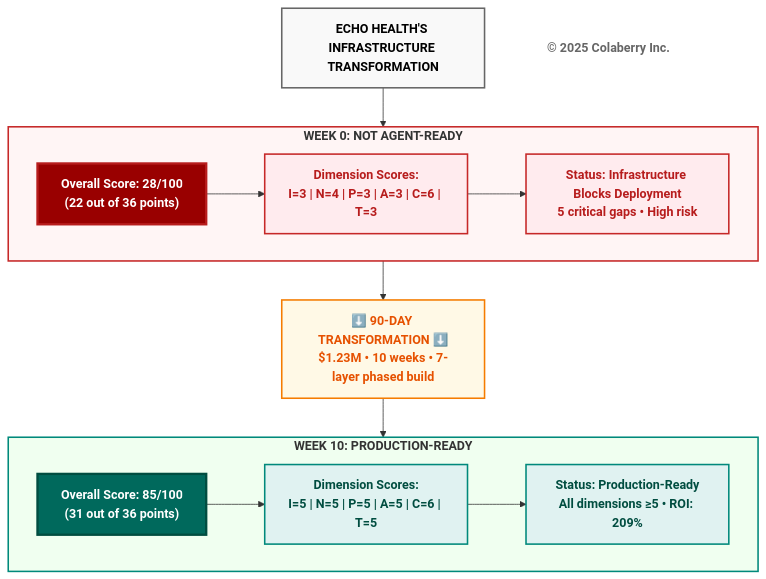
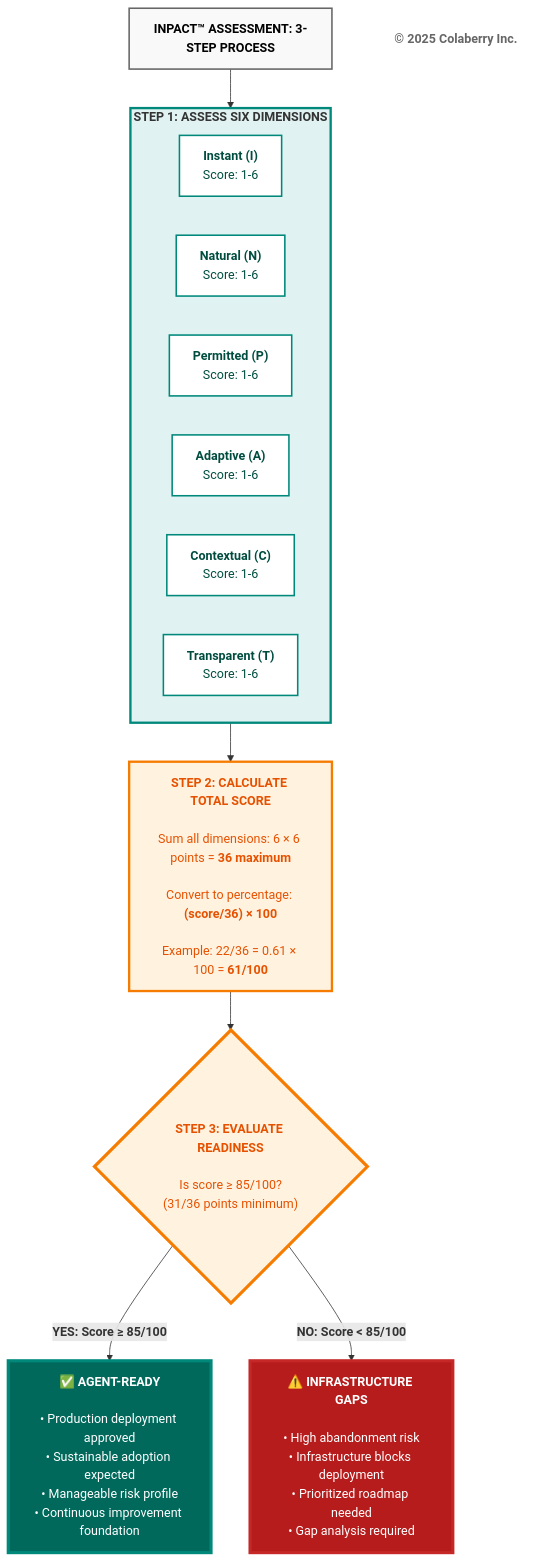
One commit to colaberry/trust-before-intelligence-book changed the second of 9 diagrams in manuscript/chapter_2_inpact_framework_v2_1.md. Above: the diagram before and after it, drawn with Mermaid. The commit also changed other lines of this file and 1 other file, not shown here.

First line of the commit message:
Revert "updated diagrams"

````diff
--- a/manuscript/chapter_2_inpact_framework_v2_1.md
+++ b/manuscript/chapter_2_inpact_framework_v2_1.md
@@ -16,50 +135,43 @@
 ```mermaid
 graph TB
-    TITLE["<b>ECHO HEALTH'S INFRASTRUCTURE TRANSFORMATION</b>"]
+    TITLE["<b>INPACT™ ASSESSMENT: 3-STEP PROCESS</b>"]
     
-    TITLE --> BEFORE
+    TITLE --> STEP1
     
-    subgraph BEFORE["<b>WEEK 0: NOT AGENT-READY</b>"]
-        B_SCORE["<b>Overall Score: 28/100</b><br/><b>(22 out of 36 points)</b>"]
-        
-        B_DIMS["<b>Dimension Scores:</b><br/><b>I=3 | N=4 | P=3 | A=3 | C=6 | T=3</b>"]
-        
-        B_STATUS["<b>Status: Infrastructure Blocks Deployment</b><br/><b>5 critical gaps • High risk</b>"]
-        
-        B_SCORE --> B_DIMS
-        B_DIMS --> B_STATUS
+    subgraph STEP1["<b>STEP 1: ASSESS SIX DIMENSIONS</b>"]
+        direction LR
+        I["<b>Instant (I)</b><br/>Score: 1-6"]
+        N["<b>Natural (N)</b><br/>Score: 1-6"]
+        P["<b>Permitted (P)</b><br/>Score: 1-6"]
+        A["<b>Adaptive (A)</b><br/>Score: 1-6"]
+        C["<b>Contextual (C)</b><br/>Score: 1-6"]
+        T["<b>Transparent (T)</b><br/>Score: 1-6"]
     end
     
-    BEFORE --> TRANSFORM["<b>⬇️ 90-DAY TRANSFORMATION ⬇️</b><br/><b>$1.23M • 10 weeks • 7-layer phased build</b>"]
+    STEP1 --> STEP2["<b>STEP 2: CALCULATE TOTAL SCORE</b><br/><br/>Sum all dimensions: 6 × 6 points = <b>36 maximum</b><br/><br/>Convert to percentage: <b>(score/36) × 100</b><br/><br/>Example: 22/36 = 0.61 × 100 = <b>61/100</b>"]
     
-    TRANSFORM --> AFTER
+    STEP2 --> STEP3{"<b>STEP 3: EVALUATE READINESS</b><br/><br/>Is score ≥ 85/100?<br/>(31/36 points minimum)"}
     
-    subgraph AFTER["<b>WEEK 10: PRODUCTION-READY</b>"]
-        A_SCORE["<b>Overall Score: 85/100</b><br/><b>(31 out of 36 points)</b>"]
-        
-        A_DIMS["<b>Dimension Scores:</b><br/><b>I=5 | N=5 | P=5 | A=5 | C=6 | T=5</b>"]
-        
-        A_STATUS["<b>Status: Production-Ready</b><br/><b>All dimensions ≥5 • ROI: 209%</b>"]
-        
-        A_SCORE --> A_DIMS
-        A_DIMS --> A_STATUS
-    end
+    STEP3 -->|<b>YES: Score ≥ 85/100</b>| READY["<b>✅ AGENT-READY</b><br/><br/>• Production deployment approved<br/>• Sustainable adoption expected<br/>• Manageable risk profile<br/>• Continuous improvement foundation"]
     
-    COPYRIGHT["<b>© 2025 Colaberry Inc.</b>"]
+    STEP3 -->|<b>NO: Score < 85/100</b>| GAPS["<b>⚠️ INFRASTRUCTURE GAPS</b><br/><br/>• High abandonment risk<br/>• Infrastructure blocks deployment<br/>• Prioritized roadmap needed<br/>• Gap analysis required"]
     
     style TITLE fill:#f9f9f9,stroke:#666666,stroke-width:2px,color:#000000
     
-    style BEFORE fill:#fff5f5,stroke:#c62828,stroke-width:2px
-    style B_SCORE fill:#990000,color:#ffffff,stroke:#b71c1c,stroke-width:3px
-    style B_DIMS fill:#ffebee,stroke:#c62828,stroke-width:2px,color:#b71c1c
-    style B_STATUS fill:#ffebee,stroke:#c62828,stroke-width:2px,color:#b71c1c
+    style STEP1 fill:#e0f2f1,stroke:#00897b,stroke-width:3px
+    style I fill:#ffffff,stroke:#00897b,stroke-width:2px,color:#004d40
+    style N fill:#ffffff,stroke:#00897b,stroke-width:2px,color:#004d40
+    style P fill:#ffffff,stroke:#00897b,stroke-width:2px,color:#004d40
+    style A fill:#ffffff,stroke:#00897b,stroke-width:2px,color:#004d40
+    style C fill:#ffffff,stroke:#00897b,stroke-width:2px,color:#004d40
+    style T fill:#ffffff,stroke:#00897b,stroke-width:2px,color:#004d40
     
-    style TRANSFORM fill:#fff9e6,stroke:#f57c00,stroke-width:2px,color:#e65100
+    style STEP2 fill:#fff3e0,stroke:#f57c00,stroke-width:3px,color:#e65100
+    style STEP3 fill:#fff3e0,stroke:#f57c00,stroke-width:4px,color:#e65100
     
-    style AFTER fill:#f0fff0,stroke:#00897b,stroke-width:2px
-    style A_SCORE fill:#00695c,color:#ffffff,stroke:#004d40,stroke-width:3px
-    style A_DIMS fill:#e0f2f1,stroke:#00897b,stroke-width:2px,color:#004d40
-    style A_STATUS fill:#e0f2f1,stroke:#00897b,stroke-width:2px,color:#004d40
+    style READY fill:#00695c,color:#ffffff,stroke:#00897b,stroke-width:4px
+    style GAPS fill:#b71c1c,color:#ffffff,stroke:#c62828,stroke-width:4px
     
-    style COPYRIGHT fill:#ffffff,stroke:none,color:#666666
+    Copyright["<b>© 2025 Colaberry Inc.</b>"]
+    style Copyright fill:#ffffff,stroke:none,color:#666666
 ```
````
